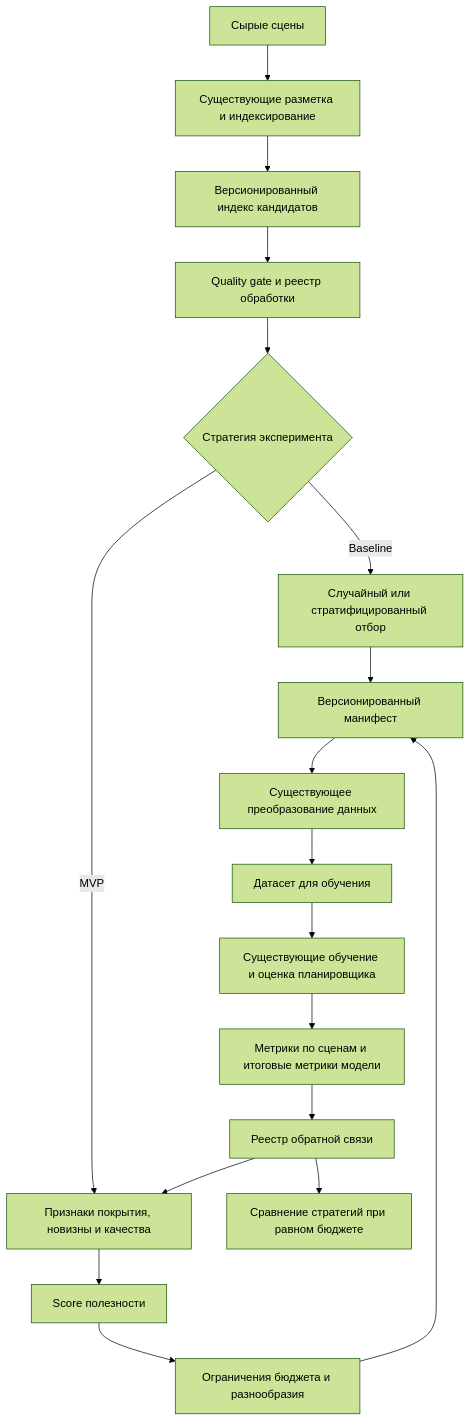
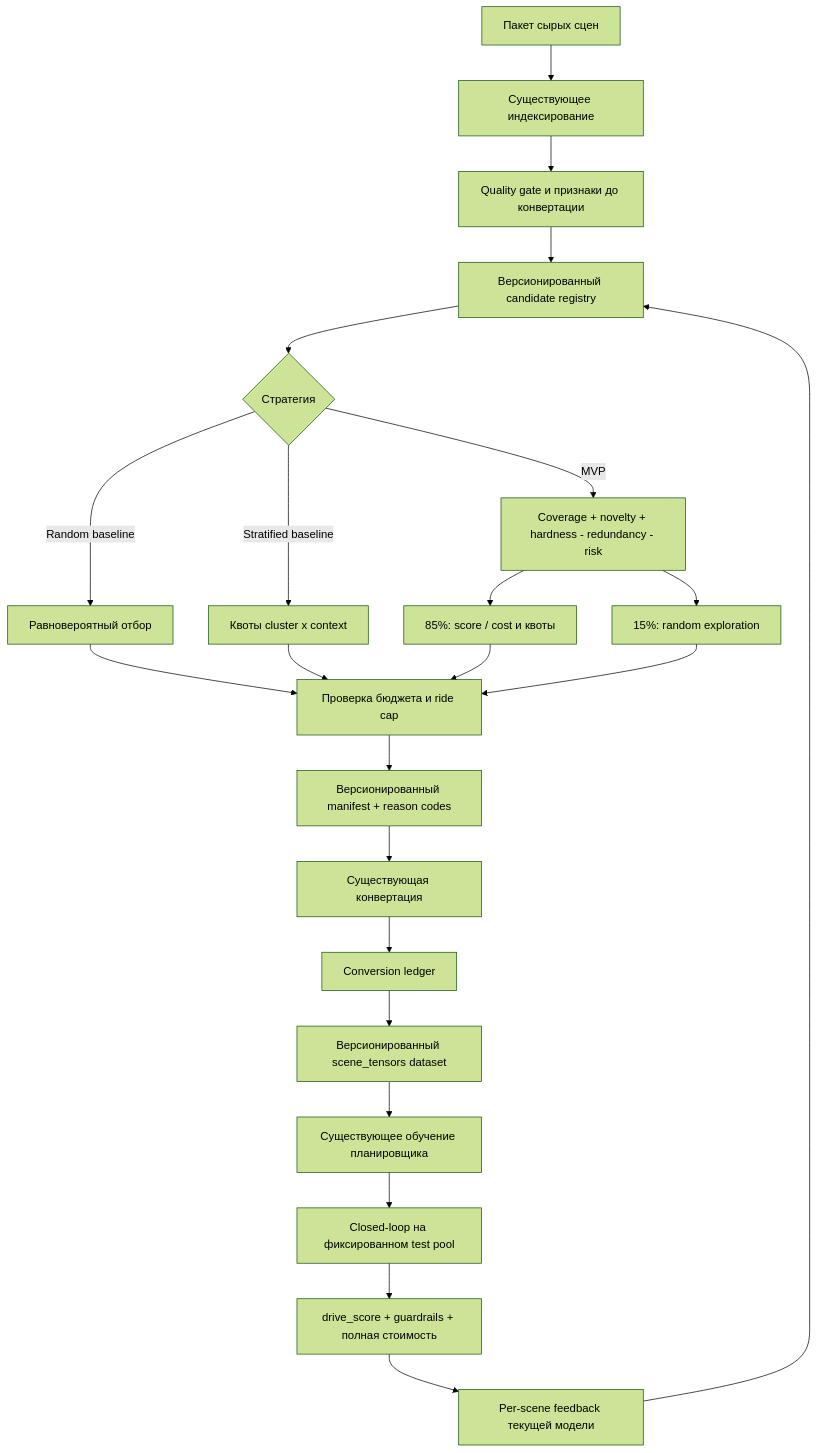
Before and after one commit to IrDIE/ml-sysd-DataSelection: the diagram in docs/ml_system_design_doc.md, drawn with Mermaid (forest theme). The commit also changed other lines of this file and 13 other files, not shown here.

````diff
--- a/docs/ml_system_design_doc.md
+++ b/docs/ml_system_design_doc.md
@@ -310,22 +368,28 @@
 ```mermaid
 flowchart TD
-    A[Сырые сцены] --> B[Существующие разметка и индексирование]
-    B --> C[Версионированный индекс кандидатов]
-    C --> D[Quality gate и реестр обработки]
-    D --> E{Стратегия эксперимента}
+    A[Пакет сырых сцен] --> B[Существующее индексирование]
+    B --> C[Quality gate и признаки до конвертации]
+    C --> D[Версионированный candidate registry]
+    D --> E{Стратегия}
 
-    E -->|Baseline| F[Случайный или стратифицированный отбор]
-    E -->|MVP| G[Признаки покрытия, новизны и качества]
-    G --> H[Score полезности]
-    H --> I[Ограничения бюджета и разнообразия]
+    E -->|Random baseline| F[Равновероятный отбор]
+    E -->|Stratified baseline| G[Квоты cluster x context]
+    E -->|MVP| H[Coverage + novelty + hardness - redundancy - risk]
 
-    F --> J[Версионированный манифест]
-    I --> J
-    J --> K[Существующее преобразование данных]
-    K --> L[Датасет для обучения]
-    L --> M[Существующие обучение и оценка планировщика]
-    M --> N[Метрики по сценам и итоговые метрики модели]
-    N --> O[Реестр обратной связи]
-    O --> G
-    O --> P[Сравнение стратегий при равном бюджете]
+    H --> I[85%: score / cost и квоты]
+    H --> J[15%: random exploration]
+    F --> K[Проверка бюджета и ride cap]
+    G --> K
+    I --> K
+    J --> K
+
+    K --> L[Версионированный manifest + reason codes]
+    L --> M[Существующая конвертация]
+    M --> N[Conversion ledger]
+    N --> O[Версионированный scene_tensors dataset]
+    O --> P[Существующее обучение планировщика]
+    P --> Q[Closed-loop на фиксированном test pool]
+    Q --> R[drive_score + guardrails + полная стоимость]
+    R --> S[Per-scene feedback текущей модели]
+    S --> D
 ```
````
